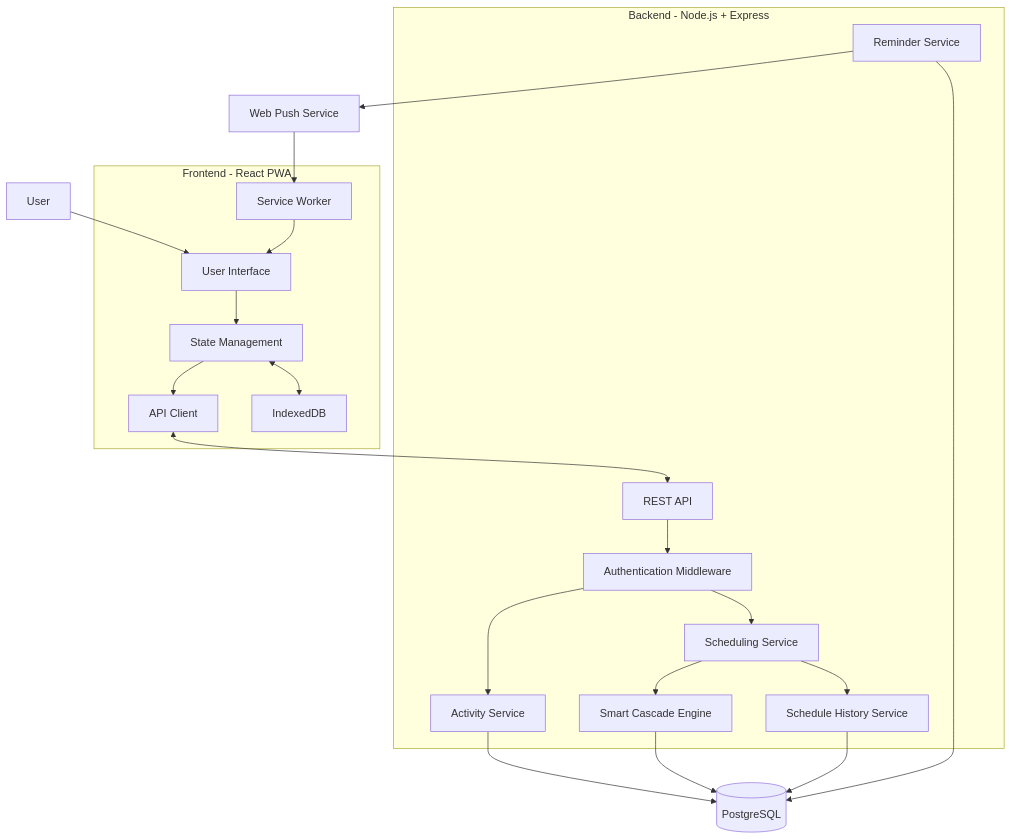
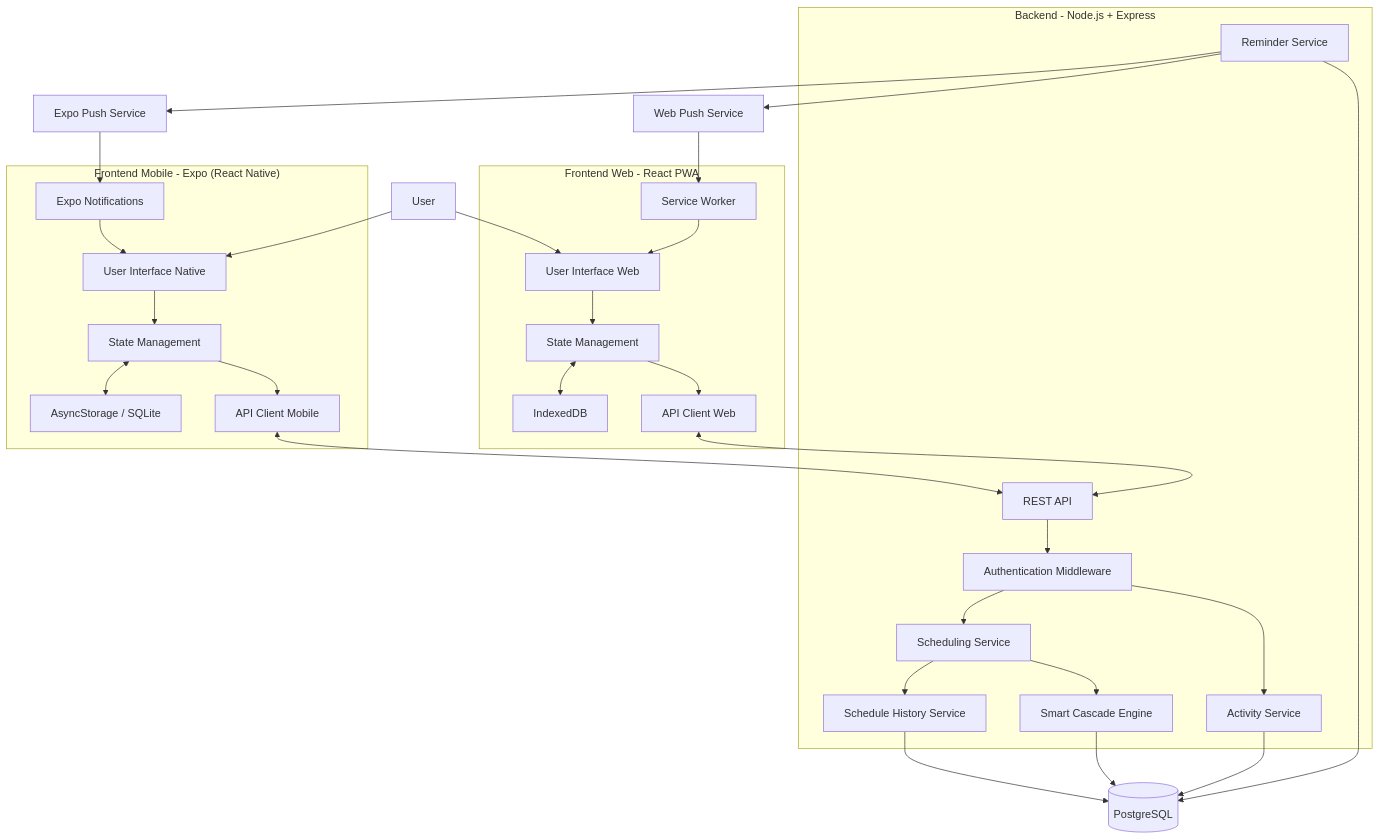
Before and after one commit to billiampalad/clynflow-workspace: the first of 4 diagrams in docs/architecture.md, drawn with Mermaid. The commit also changed other lines of this file and 4 other files, not shown here.

````diff
--- a/docs/architecture.md
+++ b/docs/architecture.md
@@ -123,46 +143,66 @@
 ```mermaid
 flowchart TB
     U[User]
 
-    subgraph CLIENT["Frontend - React PWA"]
-        UI[User Interface]
-        STATE[State Management]
-        API_CLIENT[API Client]
-        LOCAL[IndexedDB]
+    subgraph CLIENT_WEB["Frontend Web - React PWA"]
+        UI_W[User Interface Web]
+        STATE_W[State Management]
+        API_W[API Client Web]
+        LOCAL_W[IndexedDB]
         SW[Service Worker]
+    end
+
+    subgraph CLIENT_MOB["Frontend Mobile - Expo (React Native)"]
+        UI_M[User Interface Native]
+        STATE_M[State Management]
+        API_M[API Client Mobile]
+        LOCAL_M[AsyncStorage / SQLite]
+        NOTIF_M[Expo Notifications]
     end
 
     subgraph SERVER["Backend - Node.js + Express"]
         API[REST API]
         AUTH[Authentication Middleware]
         ACTIVITY[Activity Service]
         SCHEDULE[Scheduling Service]
         CASCADE[Smart Cascade Engine]
         HISTORY[Schedule History Service]
         REMINDER[Reminder Service]
     end
 
     DB[(PostgreSQL)]
-    PUSH[Web Push Service]
+    PUSH_WEB[Web Push Service]
+    PUSH_EXPO[Expo Push Service]
 
-    U --> UI
-    UI --> STATE
-    STATE --> API_CLIENT
-    STATE <--> LOCAL
-    SW --> UI
+    U --> UI_W
+    U --> UI_M
 
-    API_CLIENT <--> API
+    UI_W --> STATE_W
+    STATE_W --> API_W
+    STATE_W <--> LOCAL_W
+    SW --> UI_W
+
+    UI_M --> STATE_M
+    STATE_M --> API_M
+    STATE_M <--> LOCAL_M
+    NOTIF_M --> UI_M
+
+    API_W <--> API
+    API_M <--> API
+
     API --> AUTH
     AUTH --> ACTIVITY
     AUTH --> SCHEDULE
 
     ACTIVITY --> DB
     SCHEDULE --> CASCADE
     CASCADE --> DB
     SCHEDULE --> HISTORY
     HISTORY --> DB
 
     REMINDER --> DB
-    REMINDER --> PUSH
-    PUSH --> SW
+    REMINDER --> PUSH_WEB
+    REMINDER --> PUSH_EXPO
+    PUSH_WEB --> SW
+    PUSH_EXPO --> NOTIF_M
 ```
````
